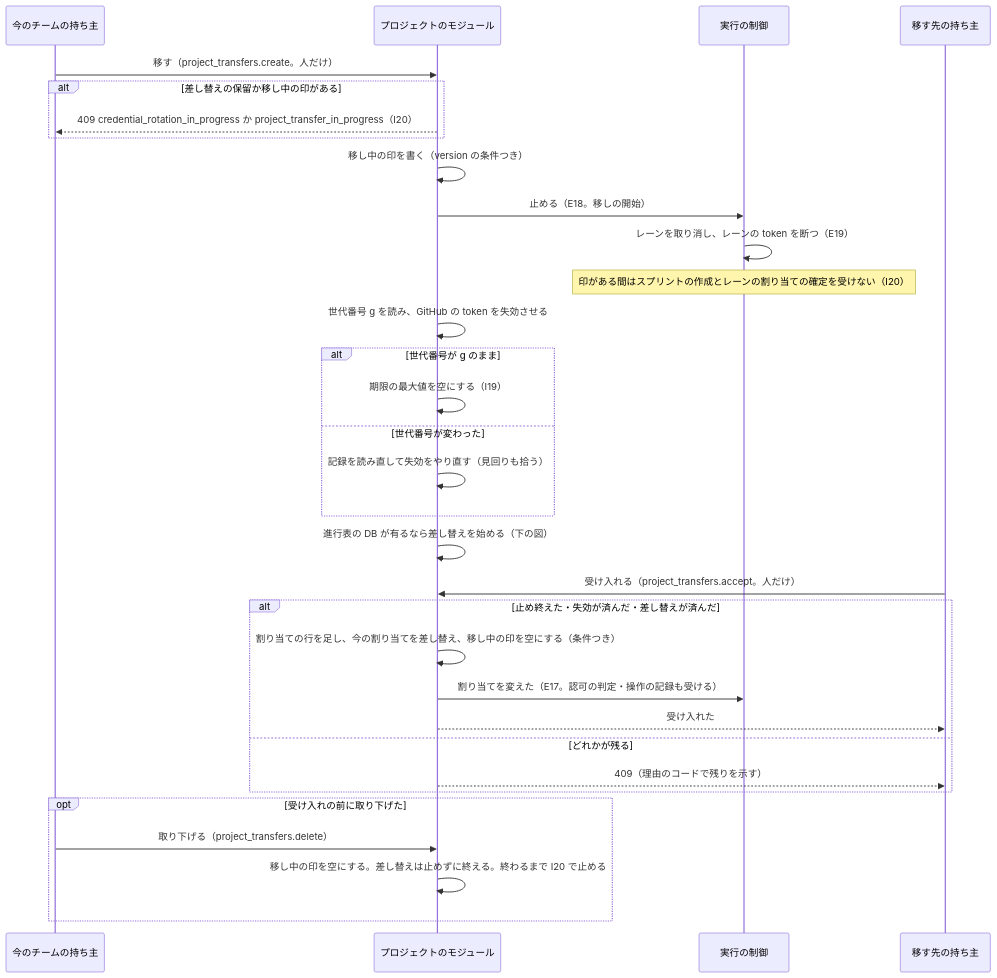
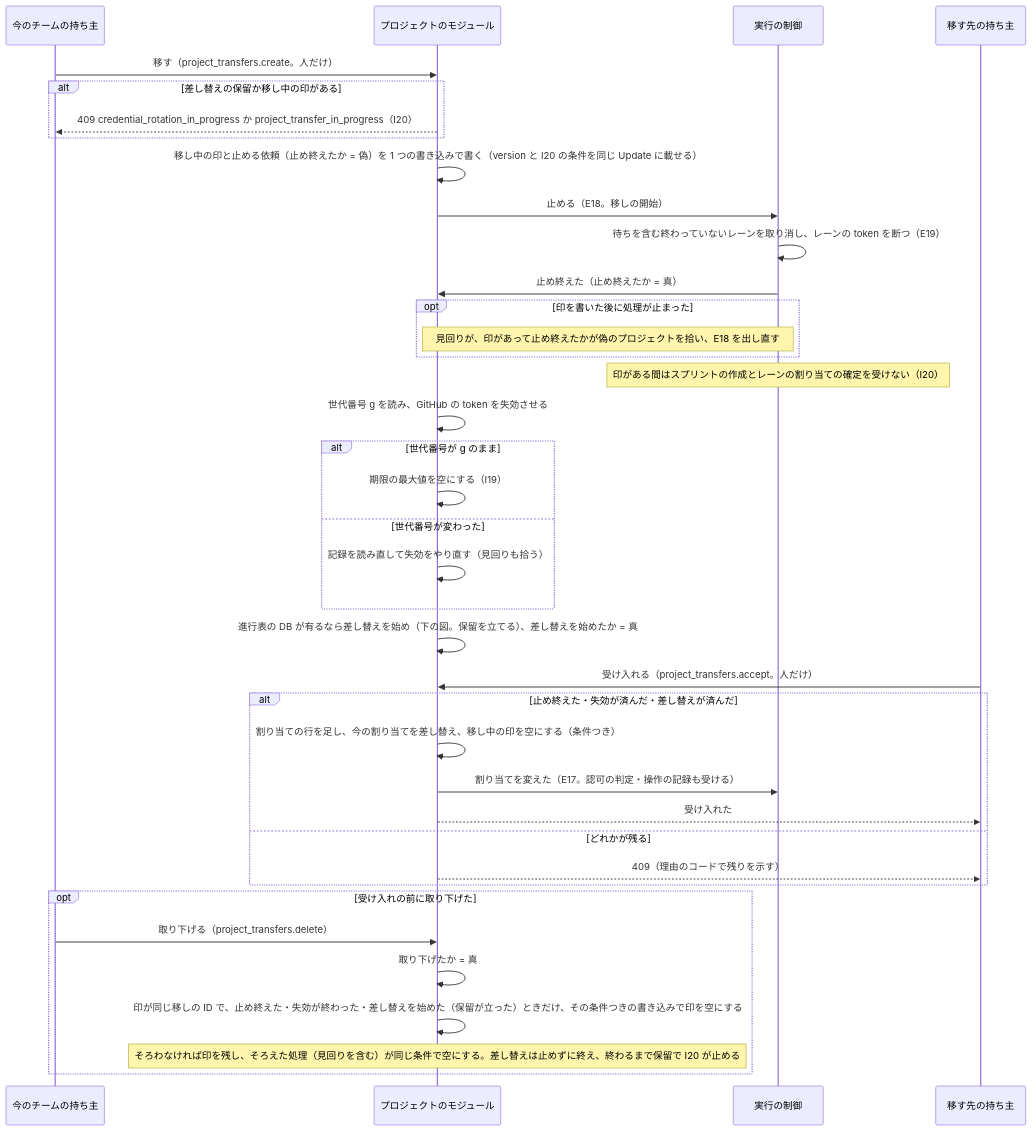
Before and after one commit to devbasex/nd-factory: the seventh of 10 diagrams in issues/issue-32-design.md, drawn with Mermaid. The commit also changed other lines of this file and 3 other files, not shown here.

````diff
--- a/issues/issue-32-design.md
+++ b/issues/issue-32-design.md
@@ -485,34 +486,40 @@
 ```mermaid
 sequenceDiagram
     participant O as 今のチームの持ち主
     participant P as プロジェクトのモジュール
     participant X as 実行の制御
     participant T as 移す先の持ち主
     O->>P: 移す（project_transfers.create。人だけ）
     alt 差し替えの保留か移し中の印がある
         P-->>O: 409 credential_rotation_in_progress か project_transfer_in_progress（I20）
     end
-    P->>P: 移し中の印を書く（version の条件つき）
+    P->>P: 移し中の印と止める依頼（止め終えたか = 偽）を 1 つの書き込みで書く（version と I20 の条件を同じ Update に載せる）
     P->>X: 止める（E18。移しの開始）
-    X->>X: レーンを取り消し、レーンの token を断つ（E19）
+    X->>X: 待ちを含む終わっていないレーンを取り消し、レーンの token を断つ（E19）
+    X->>P: 止め終えた（止め終えたか = 真）
+    opt 印を書いた後に処理が止まった
+        Note over P,X: 見回りが、印があって止め終えたかが偽のプロジェクトを拾い、E18 を出し直す
+    end
     Note over X: 印がある間はスプリントの作成とレーンの割り当ての確定を受けない（I20）
     P->>P: 世代番号 g を読み、GitHub の token を失効させる
     alt 世代番号が g のまま
         P->>P: 期限の最大値を空にする（I19）
     else 世代番号が変わった
         P->>P: 記録を読み直して失効をやり直す（見回りも拾う）
     end
-    P->>P: 進行表の DB が有るなら差し替えを始める（下の図）
+    P->>P: 進行表の DB が有るなら差し替えを始め（下の図。保留を立てる）、差し替えを始めたか = 真
     T->>P: 受け入れる（project_transfers.accept。人だけ）
     alt 止め終えた・失効が済んだ・差し替えが済んだ
         P->>P: 割り当ての行を足し、今の割り当てを差し替え、移し中の印を空にする（条件つき）
         P->>X: 割り当てを変えた（E17。認可の判定・操作の記録も受ける）
         P-->>T: 受け入れた
     else どれかが残る
         P-->>T: 409（理由のコードで残りを示す）
     end
     opt 受け入れの前に取り下げた
         O->>P: 取り下げる（project_transfers.delete）
-        P->>P: 移し中の印を空にする。差し替えは止めずに終える。終わるまで I20 で止める
+        P->>P: 取り下げたか = 真
+        P->>P: 印が同じ移しの ID で、止め終えた・失効が終わった・差し替えを始めた（保留が立った）ときだけ、その条件つきの書き込みで印を空にする
+        Note over P: そろわなければ印を残し、そろえた処理（見回りを含む）が同じ条件で空にする。差し替えは止めずに終え、終わるまで保留で I20 が止める
     end
 ```
````
